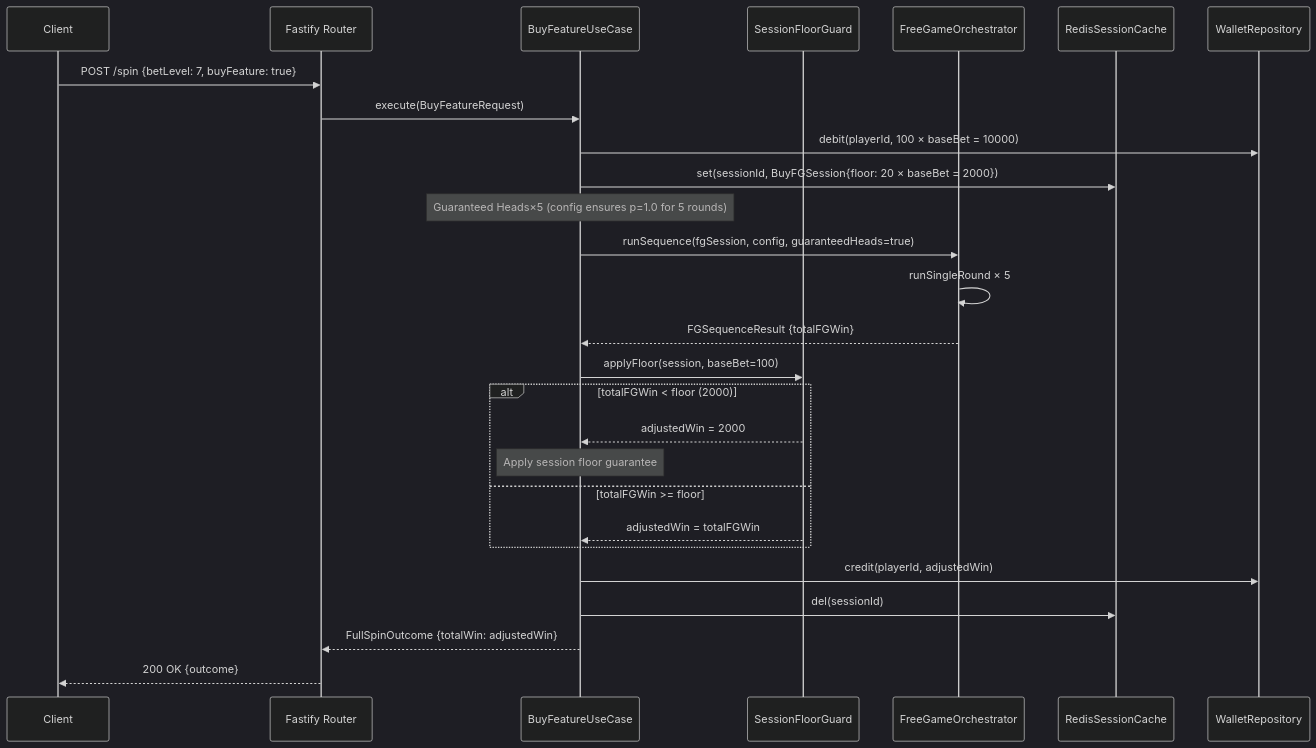
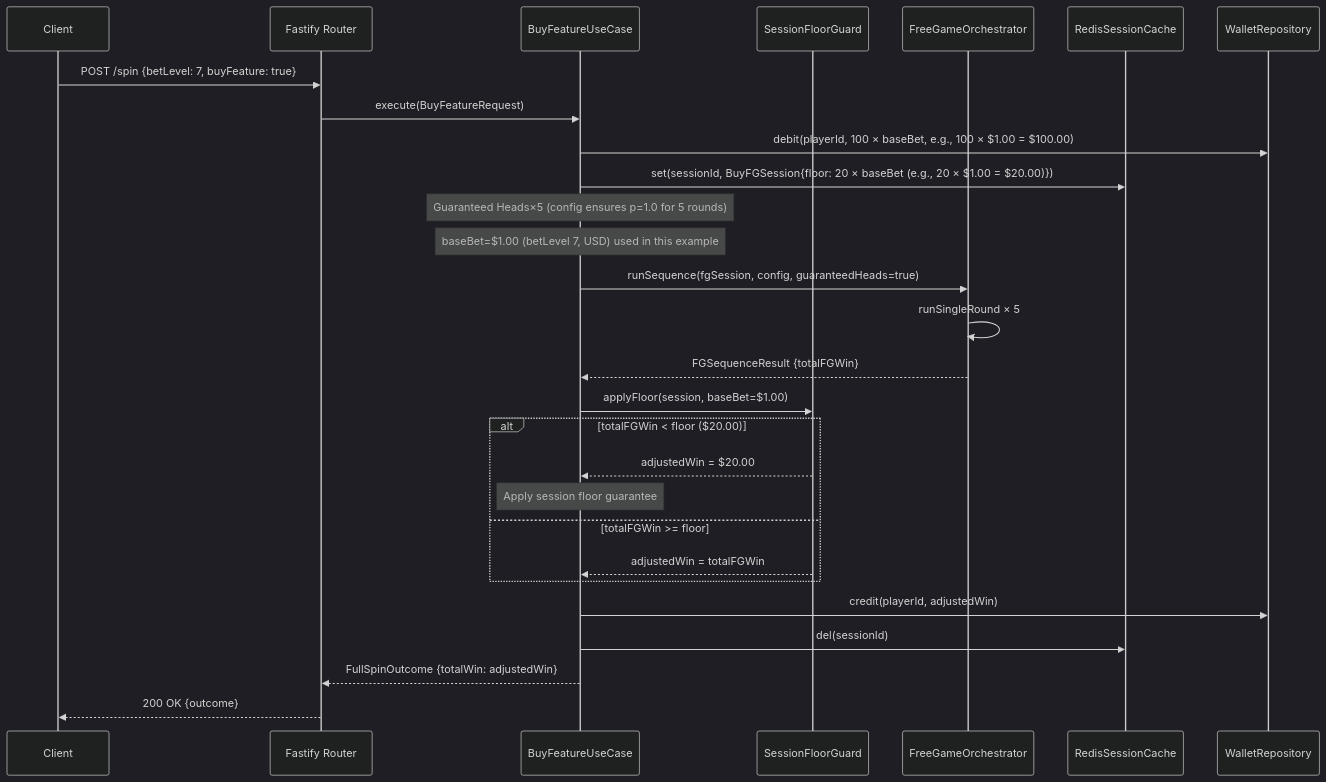
One commit to ibalasite/slot changed the eighth of 16 diagrams in docs/EDD.md. Above: the diagram before and after it, drawn with Mermaid (dark theme). The commit also changed other lines of this file and 1 other file, not shown here.

````diff
--- a/docs/EDD.md
+++ b/docs/EDD.md
@@ -750,30 +752,31 @@
 ```mermaid
 sequenceDiagram
     participant C as Client
     participant R as Fastify Router
     participant BU as BuyFeatureUseCase
     participant SFG as SessionFloorGuard
     participant FGO as FreeGameOrchestrator
     participant RC as RedisSessionCache
     participant WR as WalletRepository
 
     C->>R: POST /spin {betLevel: 7, buyFeature: true}
     R->>BU: execute(BuyFeatureRequest)
-    BU->>WR: debit(playerId, 100 × baseBet = 10000)
-    BU->>RC: set(sessionId, BuyFGSession{floor: 20 × baseBet = 2000})
+    BU->>WR: debit(playerId, 100 × baseBet, e.g., 100 × $1.00 = $100.00)
+    BU->>RC: set(sessionId, BuyFGSession{floor: 20 × baseBet (e.g., 20 × $1.00 = $20.00)})
     Note over BU: Guaranteed Heads×5 (config ensures p=1.0 for 5 rounds)
+    Note over BU: baseBet=$1.00 (betLevel 7, USD) used in this example
     BU->>FGO: runSequence(fgSession, config, guaranteedHeads=true)
     FGO->>FGO: runSingleRound × 5
     FGO-->>BU: FGSequenceResult {totalFGWin}
-    BU->>SFG: applyFloor(session, baseBet=100)
-    alt totalFGWin < floor (2000)
-        SFG-->>BU: adjustedWin = 2000
+    BU->>SFG: applyFloor(session, baseBet=$1.00)
+    alt totalFGWin < floor ($20.00)
+        SFG-->>BU: adjustedWin = $20.00
         Note over BU: Apply session floor guarantee
     else totalFGWin >= floor
         SFG-->>BU: adjustedWin = totalFGWin
     end
     BU->>WR: credit(playerId, adjustedWin)
     BU->>RC: del(sessionId)
     BU-->>R: FullSpinOutcome {totalWin: adjustedWin}
     R-->>C: 200 OK {outcome}
 ```
````
